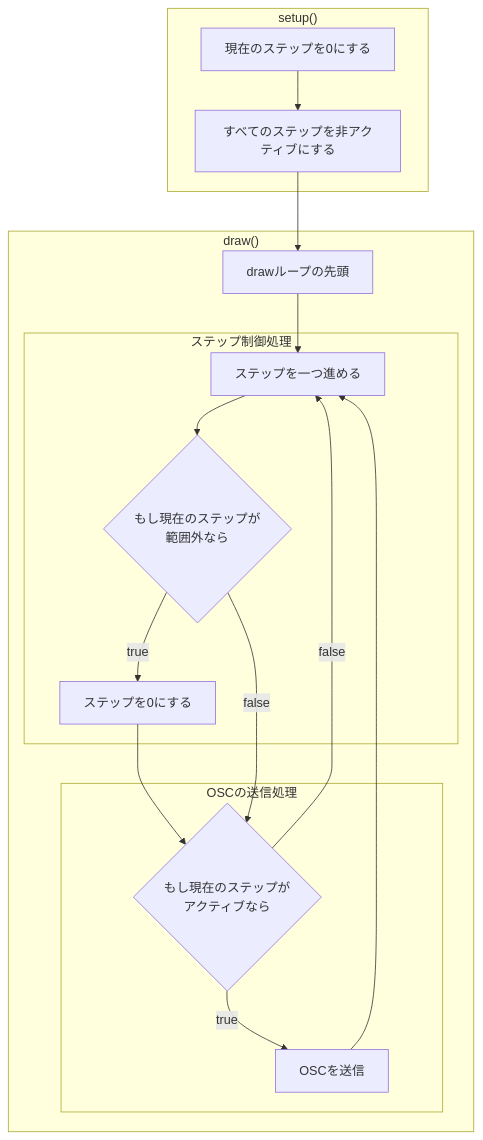
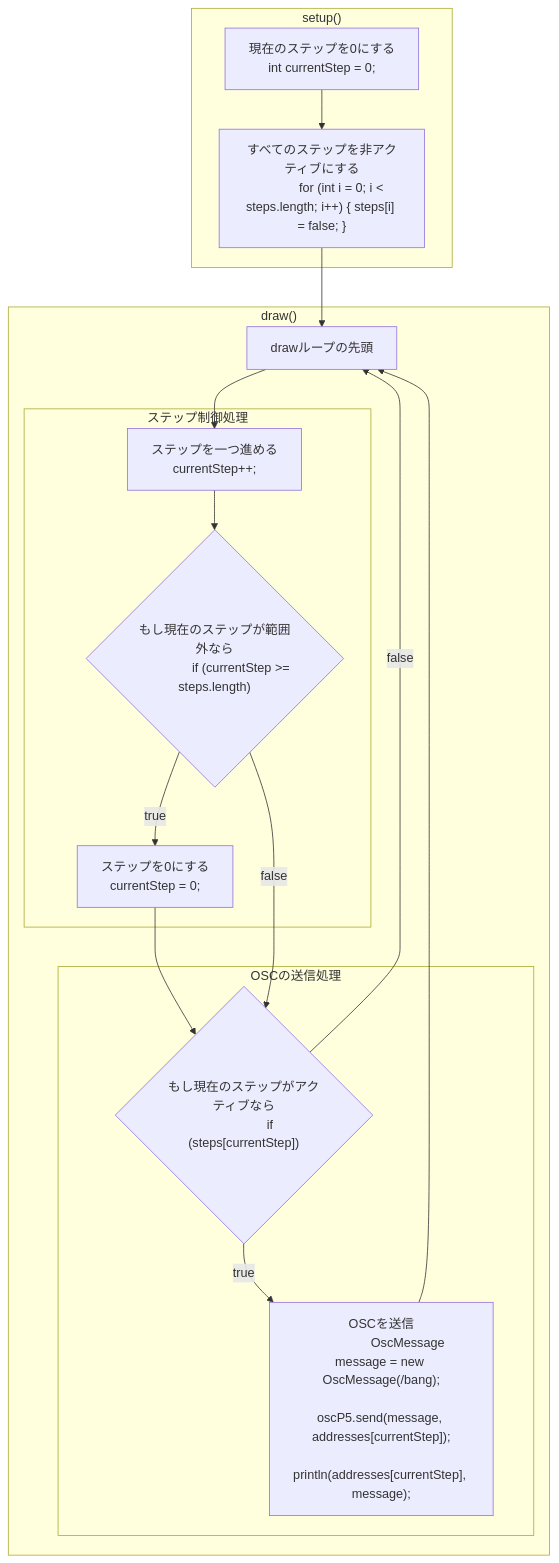
One commit to enkatsu/openlab-workshop202402 changed the diagram in recipes/README.md. Above: the diagram before and after it, drawn with Mermaid.

Commit message:
update flowchart

````diff
--- a/recipes/README.md
+++ b/recipes/README.md
@@ -10,31 +10,40 @@
 ```mermaid
 flowchart
     classDef ta-left text-center: left;
 
     subgraph setup["setup()"]
-        initCs[現在のステップを0にする]
-        initStep[すべてのステップを非アクティブにする]
+        initCs["現在のステップを0にする
+            int currentStep = 0;"]
+        initStep["すべてのステップを非アクティブにする
+            for (int i = 0; i < steps.length; i++) { steps[i] = false; }"]
     end
     subgraph draw["draw()"]
         loopStart[drawループの先頭]
         subgraph ステップ制御処理
-            incStep[ステップを一つ進める]
-            ifCsOver{もし現在のステップが\n範囲外なら}:::ta-center
-            resetCs[ステップを0にする]
+            incStep["ステップを一つ進める
+                currentStep++;"]
+            ifCsOver{"もし現在のステップが範囲外なら
+                if (currentStep >= steps.length)"}:::ta-center
+            resetCs["ステップを0にする
+                currentStep = 0;"]
         end
         subgraph OSCの送信処理
-            ifStepTrue{もし現在のステップが\nアクティブなら}:::ta-center
-            sendOsc[OSCを送信]
+            ifStepTrue{"もし現在のステップがアクティブなら
+                if (steps[currentStep])"}:::ta-center
+            sendOsc["OSCを送信
+                OscMessage message = new OscMessage(/bang);
+                oscP5.send(message, addresses[currentStep]);
+                println(addresses[currentStep], message);"]
         end
     end
 
     initCs --> initStep
     initStep --> loopStart
 
     loopStart --> incStep
     incStep --> ifCsOver
     ifCsOver -->|true| resetCs --> ifStepTrue
     ifCsOver -->|false| ifStepTrue
-    ifStepTrue --> |true| sendOsc --> incStep
-    ifStepTrue --> |false| incStep
+    ifStepTrue --> |true| sendOsc --> loopStart
+    ifStepTrue --> |false| loopStart
 ```
````
